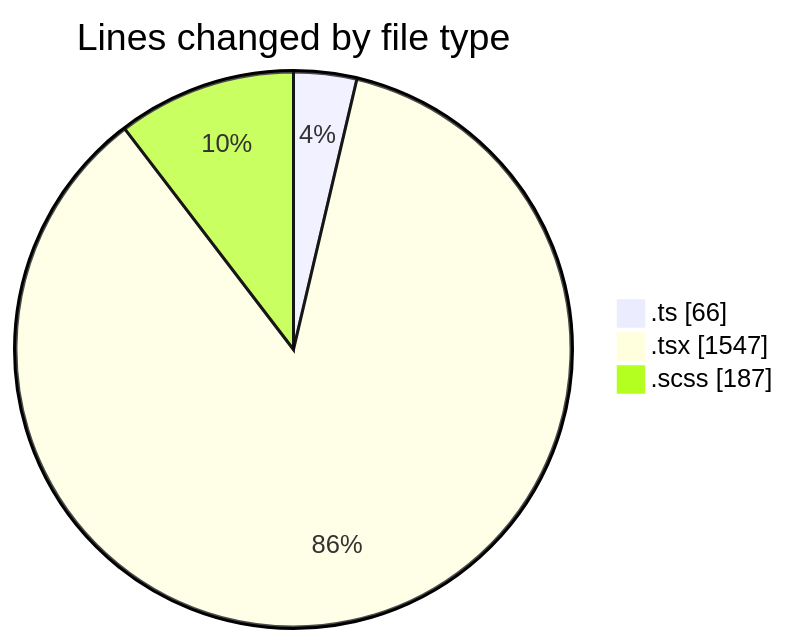
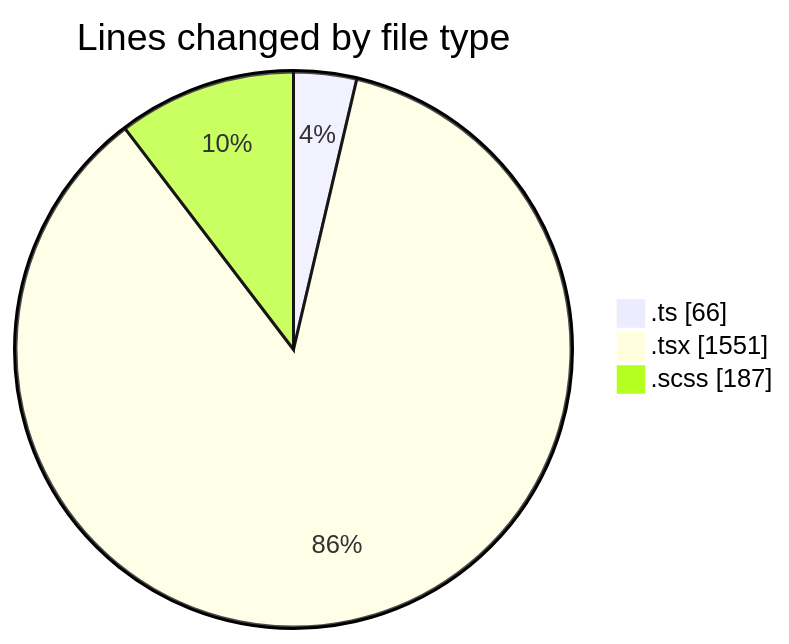
One commit to momahboobian/code-tracking changed the first of 2 diagrams in 2025-03-21/cda/README.md. Above: the diagram before and after it, drawn with Mermaid. The commit also changed other lines of this file and 1 other file, not shown here.

````diff
--- a/2025-03-21/cda/README.md
+++ b/2025-03-21/cda/README.md
@@ -32,7 +32,7 @@
 ```mermaid
 pie showData
 title Lines changed by file type
 ".ts" : 66
-".tsx" : 1547
+".tsx" : 1551
 ".scss" : 187
 ```
````
